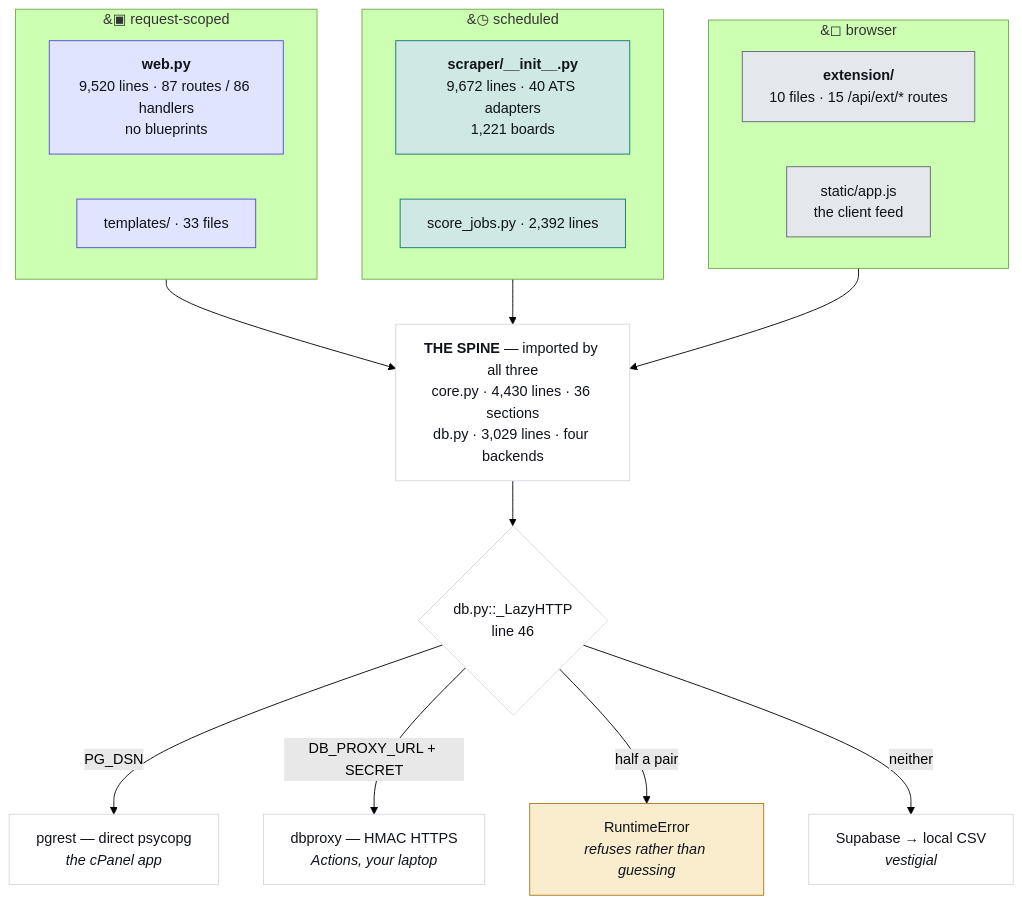
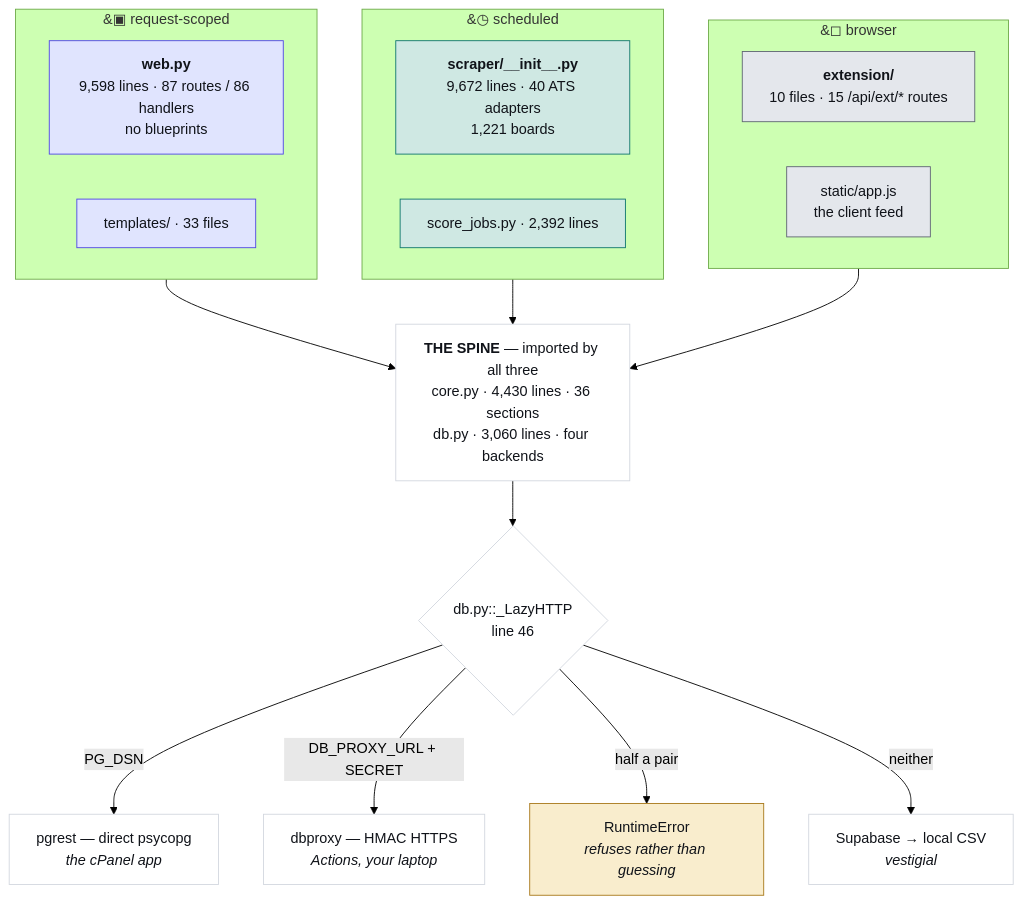
The first of 4 diagrams in JobMatch Scraper/docs/ARCHITECTURE.md (hadakunal909-debug/job-search-tool), drawn with Mermaid (forest theme) before and after one commit. The commit also changed other lines of this file and 10 other files, not shown here.

````diff
--- a/JobMatch Scraper/docs/ARCHITECTURE.md
+++ b/JobMatch Scraper/docs/ARCHITECTURE.md
@@ -45,34 +45,34 @@
 ```mermaid
 flowchart TB
   subgraph REQ["&#9635; request-scoped"]
-    W["<b>web.py</b><br/>9,520 lines · 87 routes / 86 handlers<br/>no blueprints"]
+    W["<b>web.py</b><br/>9,598 lines · 87 routes / 86 handlers<br/>no blueprints"]
     T["templates/ · 33 files"]
   end
   subgraph SCH["&#9719; scheduled"]
     S["<b>scraper/__init__.py</b><br/>9,672 lines · 40 ATS adapters<br/>1,221 boards"]
     J["score_jobs.py · 2,392 lines"]
   end
   subgraph CLI["&#9723; browser"]
     E["<b>extension/</b><br/>10 files · 15 /api/ext/* routes"]
     A["static/app.js<br/>the client feed"]
   end
-  SPINE["<b>THE SPINE</b> — imported by all three<br/>core.py · 4,430 lines · 36 sections<br/>db.py · 3,029 lines · four backends"]
+  SPINE["<b>THE SPINE</b> — imported by all three<br/>core.py · 4,430 lines · 36 sections<br/>db.py · 3,060 lines · four backends"]
   REQ --> SPINE
   SCH --> SPINE
   CLI --> SPINE
   SPINE --> D{"db.py::_LazyHTTP<br/>line 46"}
   D -->|"PG_DSN"| P["pgrest — direct psycopg<br/><i>the cPanel app</i>"]
   D -->|"DB_PROXY_URL + SECRET"| X["dbproxy — HMAC HTTPS<br/><i>Actions, your laptop</i>"]
   D -->|"half a pair"| R["RuntimeError<br/><i>refuses rather than guessing</i>"]
   D -->|"neither"| V["Supabase → local CSV<br/><i>vestigial</i>"]
   classDef web fill:#e0e4fe,stroke:#4f46e5,color:#101319
   classDef sched fill:#cfe8e3,stroke:#0f766e,color:#101319
   classDef client fill:#e4e7ec,stroke:#5f6573,color:#101319
   classDef trap fill:#f9edcd,stroke:#a8781a,color:#101319
   classDef plain fill:#ffffff,stroke:#d3d7df,color:#101319
   class W,T web
   class S,J sched
   class E,A client
   class R trap
   class SPINE,D,P,X,V plain
 ```
````
